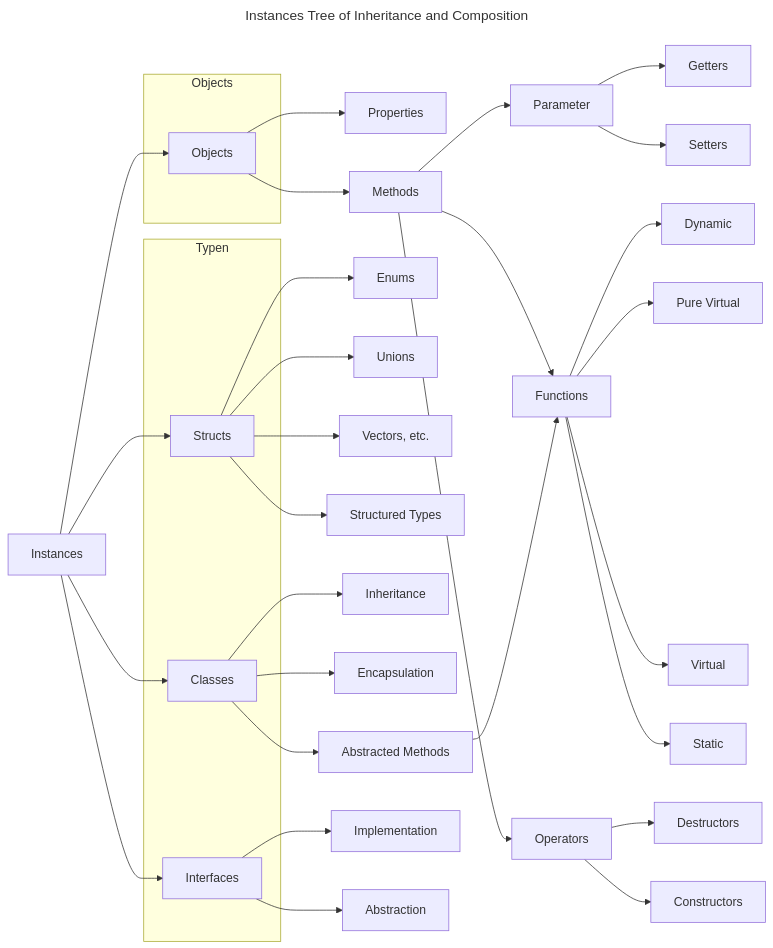
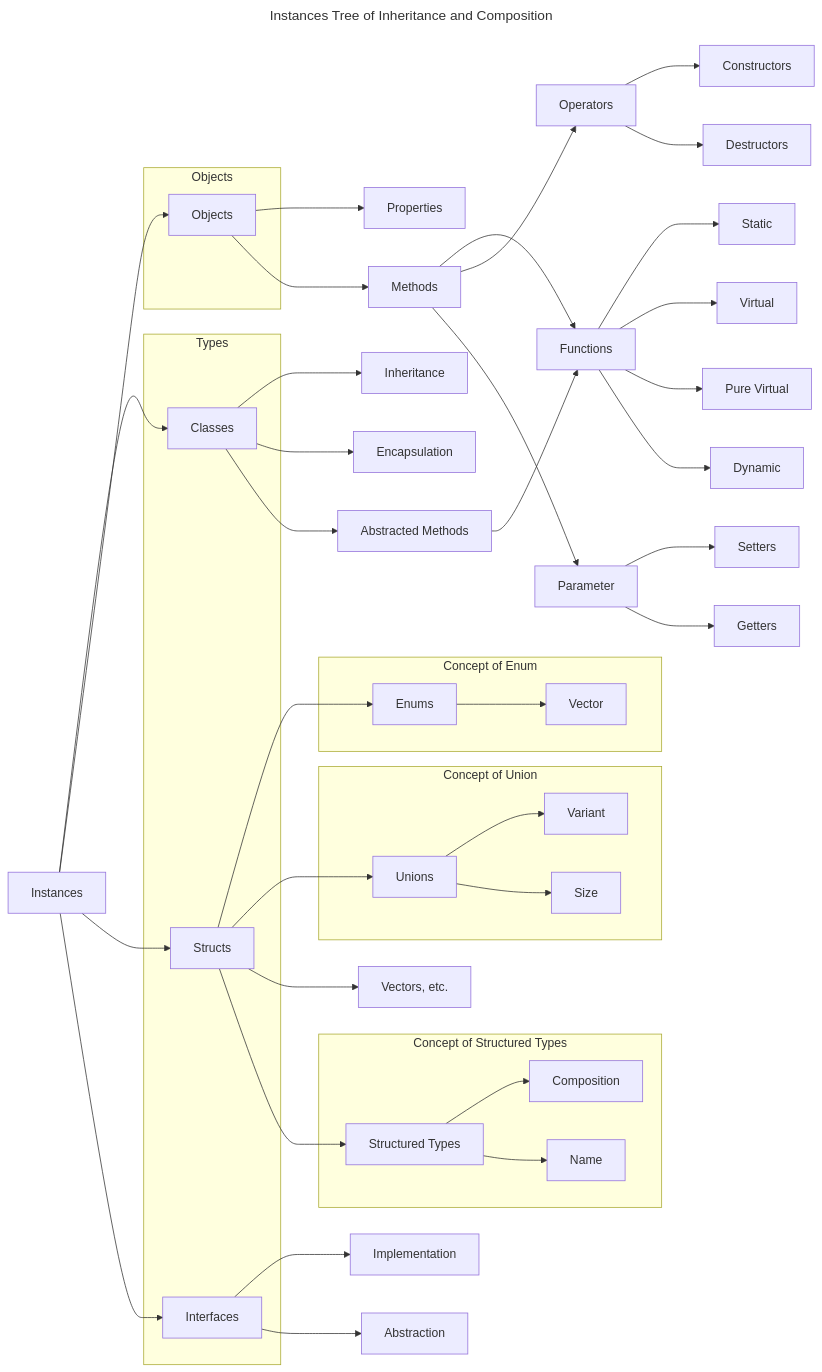
Before and after one commit to DevKiDCosmo/Cosmolang-Core: the second of 2 diagrams in keywords.md, drawn with Mermaid. The commit also changed other lines of this file, not shown here.

Commit message:
Enhance keywords.md with additional explanations and improve mermaid diagram for Sequential Execution Order System Beginning how the inheritance tree will work.

````diff
--- a/keywords.md
+++ b/keywords.md
@@ -162,49 +164,65 @@
 ```mermaid
 ---
 title: Instances Tree of Inheritance and Composition
 ---
 graph LR
     A[Instances] --> B[Classes]
-    subgraph Typen
+    subgraph Types
         B[Classes]
         D[Structs]
         E[Interfaces]
     end
     A --> C[Objects]
     A --> D[Structs]
     A --> E[Interfaces]
     
     subgraph Objects
         C[Objects]
     end
     
     C --> G[Properties]
     C --> H[Methods]
     
     H --> Z[Functions]
     Z --> I[Static]
     Z --> J[Virtual]
     Z --> K[Pure Virtual]
     Z --> L[Dynamic]
     
     H --> M[Operators]
     M --> Y[Constructors]
     M --> X[Destructors]
 
     H --> O[Parameter]
     O --> N[Setters]
     O --> W[Getters]
     
     D --> F[Enums]
+    
+    subgraph Concept of Enum
+        F --> d[Vector]
+    end
+    
     D --> V[Unions]
+    
+    subgraph Concept of Union
+        V --> c[Variant]
+        V --> v[Size]
+    end
+    
     D --> T[Vectors, etc.]
     D --> S[Structured Types]
+    
+    subgraph Concept of Structured Types
+        S --> f[Composition]
+        S --> s[Name]
+    end
     
     B --> Q[Inheritance]
     B --> P[Encapsulation]
     B --> z[Abstracted Methods]
     z --> Z
     
     E --> R[Implementation]
     E --> U[Abstraction]
 ```
````
